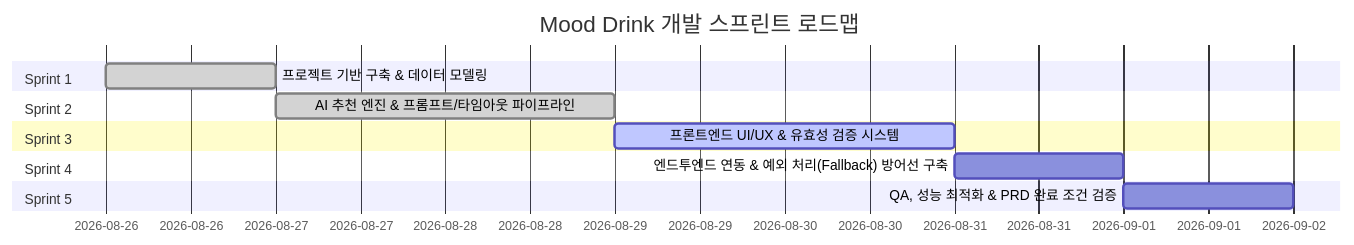
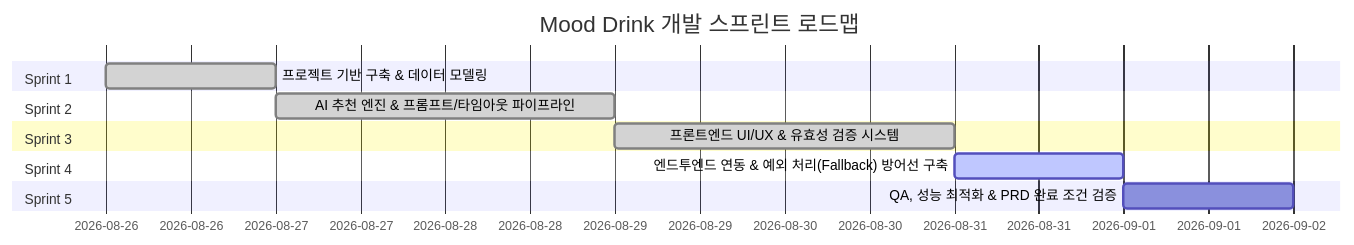
One commit to seodongheon/mood_drink changed the diagram in docs/DEVELOPMENT_PLAN.md. Above: the diagram before and after it, drawn with Mermaid. The commit also changed other lines of this file and 7 other files, not shown here.

````diff
--- a/docs/DEVELOPMENT_PLAN.md
+++ b/docs/DEVELOPMENT_PLAN.md
@@ -36,15 +36,15 @@
 ```mermaid
 gantt
     title Mood Drink 개발 스프린트 로드맵
     dateFormat  YYYY-MM-DD
     section Sprint 1
     프로젝트 기반 구축 & 데이터 모델링     :done, s1, 2026-08-26, 1d
     section Sprint 2
     AI 추천 엔진 & 프롬프트/타임아웃 파이프라인 :done, s2, after s1, 2d
     section Sprint 3
-    프론트엔드 UI/UX & 유효성 검증 시스템    :active, s3, after s2, 2d
+    프론트엔드 UI/UX & 유효성 검증 시스템    :done, s3, after s2, 2d
     section Sprint 4
-    엔드투엔드 연동 & 예외 처리(Fallback) 방어선 구축 :s4, after s3, 1d
+    엔드투엔드 연동 & 예외 처리(Fallback) 방어선 구축 :active, s4, after s3, 1d
     section Sprint 5
     QA, 성능 최적화 & PRD 완료 조건 검증      :s5, after s4, 1d
 ```
````
